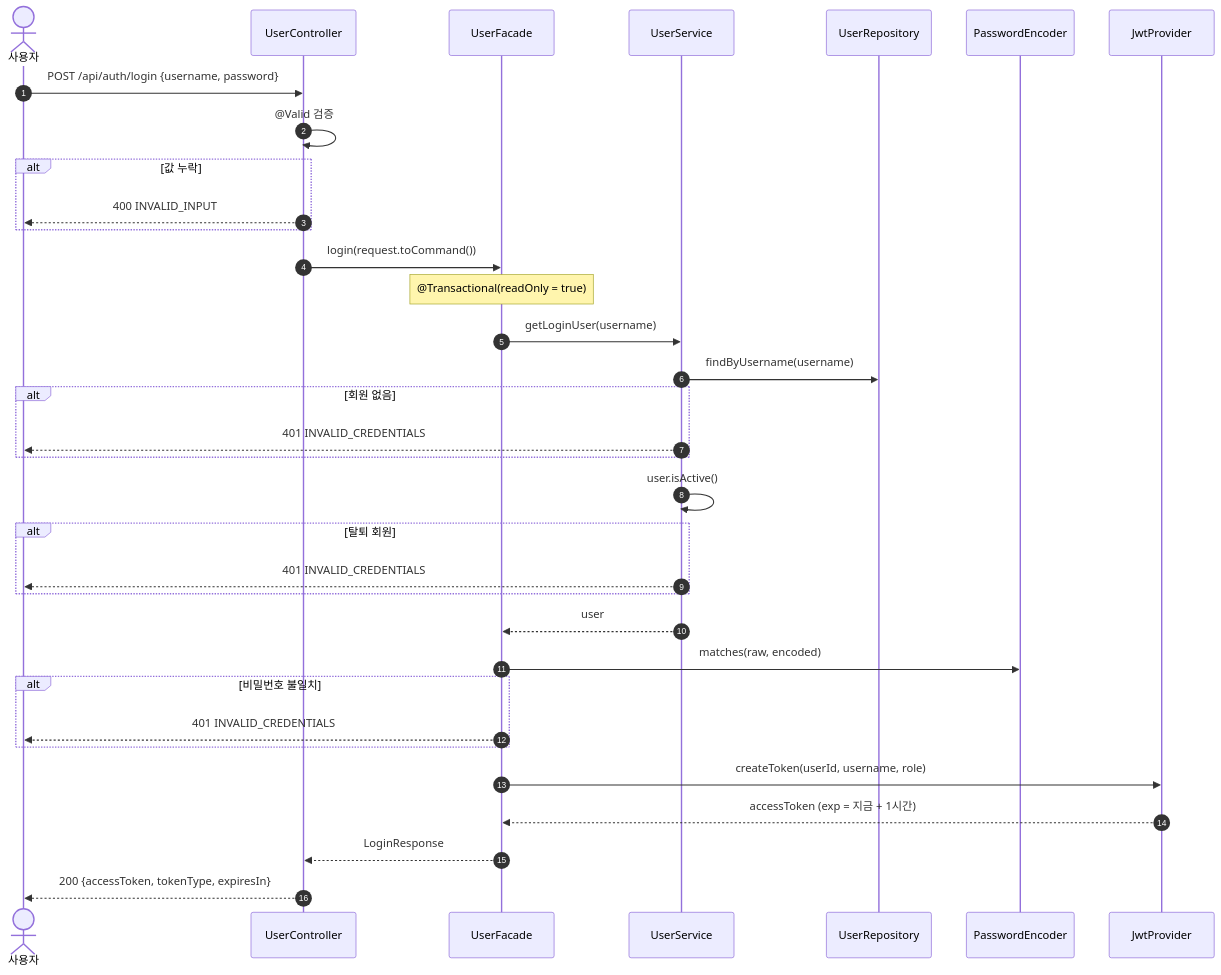
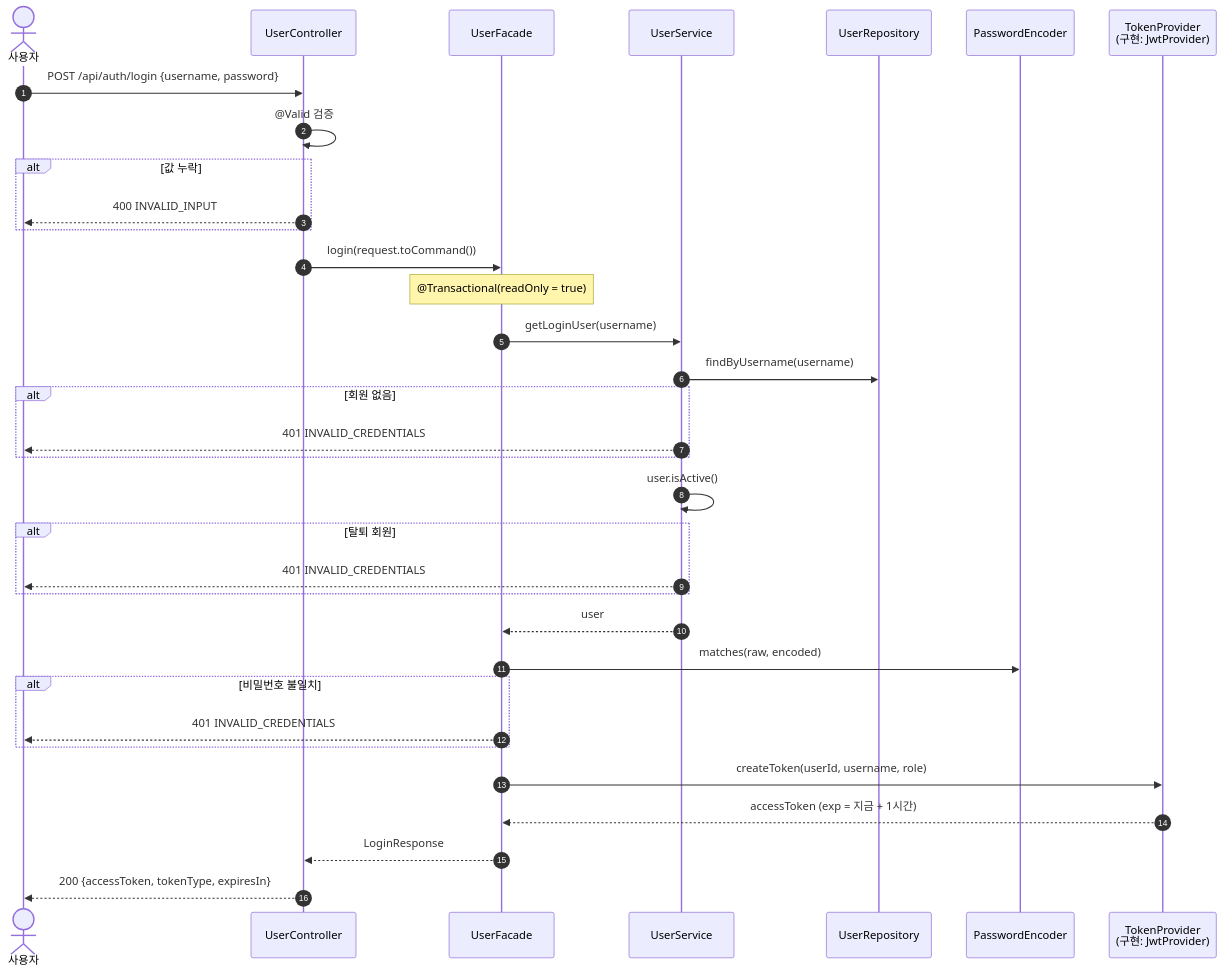
The second of 6 diagrams in docs/design/05-sequence-diagram.md (dd-jiny/delivery-order-backend), drawn with Mermaid before and after one commit. The commit also changed other lines of this file and 7 other files, not shown here.

First line of the commit message:
refactor: 토큰 발급을 TokenProvider 인터페이스로 추상화 (DIP)

````diff
--- a/docs/design/05-sequence-diagram.md
+++ b/docs/design/05-sequence-diagram.md
@@ -71,37 +72,37 @@
 ```mermaid
 sequenceDiagram
     autonumber
     actor U as 사용자
     participant C as UserController
     participant FA as UserFacade
     participant S as UserService
     participant R as UserRepository
     participant PE as PasswordEncoder
-    participant J as JwtProvider
+    participant J as TokenProvider<br>(구현: JwtProvider)
 
     U->>C: POST /api/auth/login {username, password}
     C->>C: @Valid 검증
     alt 값 누락
         C-->>U: 400 INVALID_INPUT
     end
     C->>FA: login(request.toCommand())
     Note over FA: @Transactional(readOnly = true)
     FA->>S: getLoginUser(username)
     S->>R: findByUsername(username)
     alt 회원 없음
         S-->>U: 401 INVALID_CREDENTIALS
     end
     S->>S: user.isActive()
     alt 탈퇴 회원
         S-->>U: 401 INVALID_CREDENTIALS
     end
     S-->>FA: user
     FA->>PE: matches(raw, encoded)
     alt 비밀번호 불일치
         FA-->>U: 401 INVALID_CREDENTIALS
     end
     FA->>J: createToken(userId, username, role)
     J-->>FA: accessToken (exp = 지금 + 1시간)
     FA-->>C: LoginResponse
     C-->>U: 200 {accessToken, tokenType, expiresIn}
 ```
````
